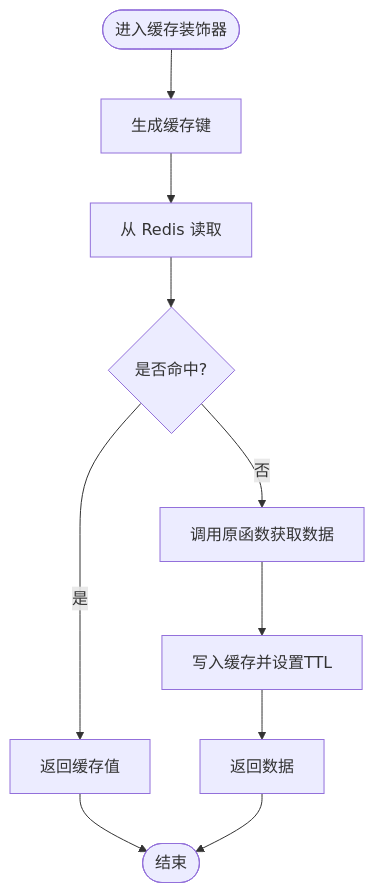
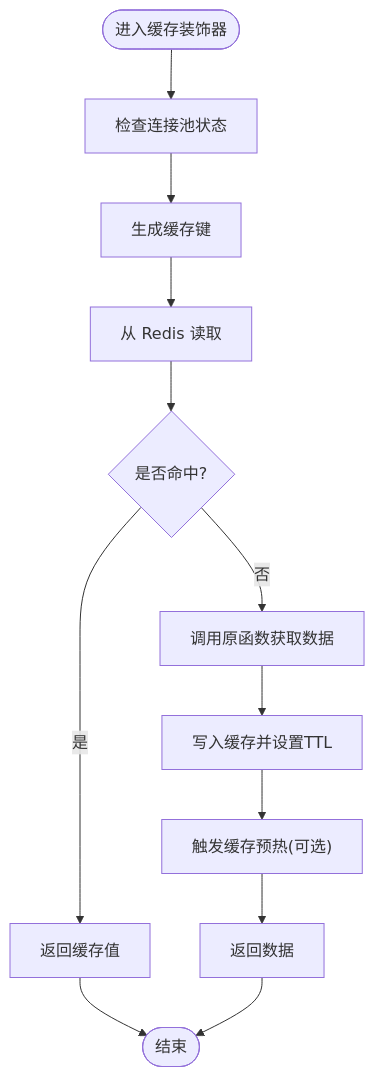
Before and after one commit to zmdhdu/NexusCockpit: the third of 7 diagrams in .qoder/repowiki/zh/content/数据存储设计/缓存系统设计.md, drawn with Mermaid. The commit also changed other lines of this file and 43 other files, not shown here.

````diff
--- a/.qoder/repowiki/zh/content/数据存储设计/缓存系统设计.md
+++ b/.qoder/repowiki/zh/content/数据存储设计/缓存系统设计.md
@@ -193,12 +206,14 @@
 ```mermaid
 flowchart TD
-Start(["进入缓存装饰器"]) --> GenKey["生成缓存键"]
+Start(["进入缓存装饰器"]) --> PoolCheck["检查连接池状态"]
+PoolCheck --> GenKey["生成缓存键"]
 GenKey --> GetVal["从 Redis 读取"]
 GetVal --> Hit{"是否命中?"}
 Hit --> |是| ReturnCache["返回缓存值"]
 Hit --> |否| CallTarget["调用原函数获取数据"]
 CallTarget --> SaveCache["写入缓存并设置TTL"]
-SaveCache --> ReturnData["返回数据"]
+SaveCache --> Warmup["触发缓存预热(可选)"]
+Warmup --> ReturnData["返回数据"]
 ReturnCache --> End(["结束"])
 ReturnData --> End
 ```
````
